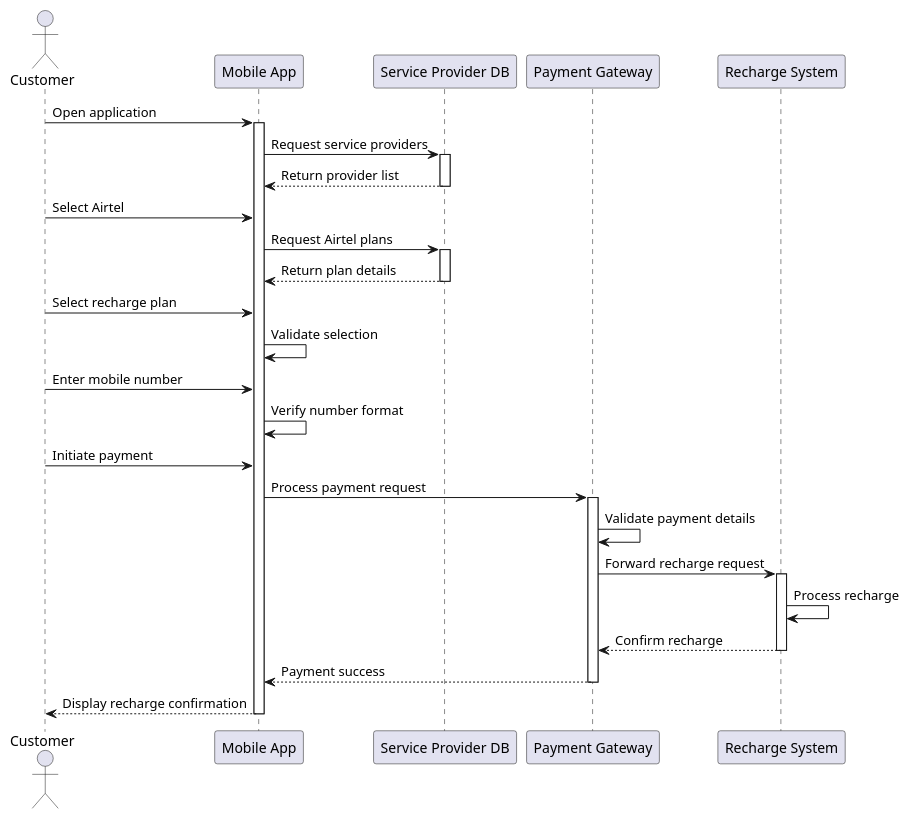
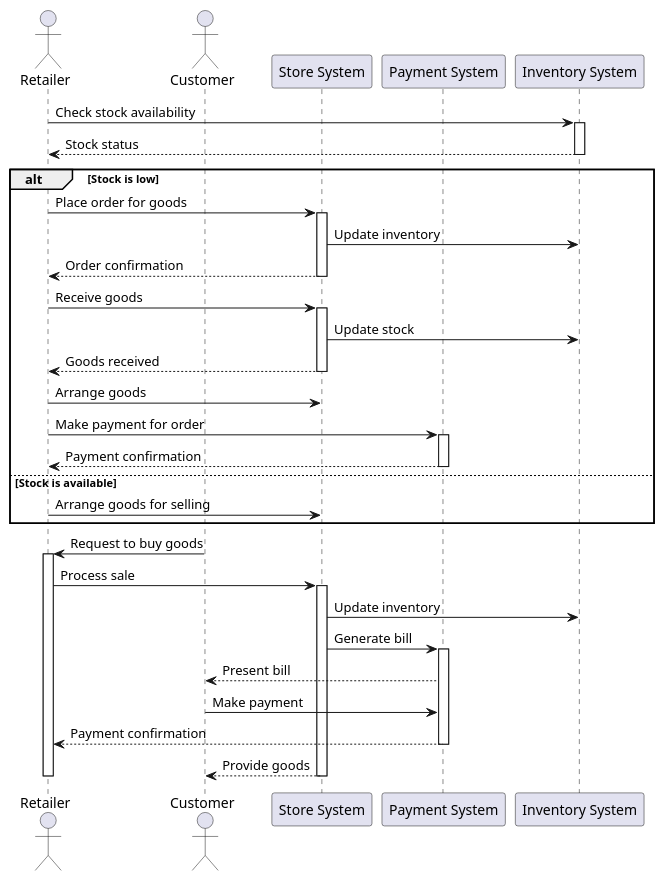
Before and after one commit to omkar-mandhare26/UMLNinja-backend: the diagram in diagram.puml, drawn with PlantUML. The commit also changed 8 other files, not shown here.

```diff
--- a/diagram.puml
+++ b/diagram.puml
@@ -1,47 +1,51 @@
 @startuml classdiagramtest2
 
+actor Retailer
 actor Customer
-participant "Mobile App" as App
-participant "Service Provider DB" as DB
-participant "Payment Gateway" as Payment
-participant "Recharge System" as System
+participant "Store System" as SS
+participant "Payment System" as PS
+participant "Inventory System" as IS
 
-Customer -> App: Open application
-activate App
+Retailer -> IS: Check stock availability
+activate IS
+IS --> Retailer: Stock status
+deactivate IS
 
-App -> DB: Request service providers
-activate DB
-DB --> App: Return provider list
-deactivate DB
+alt Stock is low
+    Retailer -> SS: Place order for goods
+    activate SS
+    SS -> IS: Update inventory
+    SS --> Retailer: Order confirmation
+    deactivate SS
+    
+    Retailer -> SS: Receive goods
+    activate SS
+    SS -> IS: Update stock
+    SS --> Retailer: Goods received
+    deactivate SS
+    
+    Retailer -> SS: Arrange goods
+    Retailer -> PS: Make payment for order
+    activate PS
+    PS --> Retailer: Payment confirmation
+    deactivate PS
+else Stock is available
+    Retailer -> SS: Arrange goods for selling
+end
 
-Customer -> App: Select Airtel
-App -> DB: Request Airtel plans
-activate DB
-DB --> App: Return plan details
-deactivate DB
-
-Customer -> App: Select recharge plan
-App -> App: Validate selection
-
-Customer -> App: Enter mobile number
-App -> App: Verify number format
-
-Customer -> App: Initiate payment
-App -> Payment: Process payment request
-activate Payment
-
-Payment -> Payment: Validate payment details
-Payment -> System: Forward recharge request
-activate System
-
-System -> System: Process recharge
-System --> Payment: Confirm recharge
-deactivate System
-
-Payment --> App: Payment success
-deactivate Payment
-
-App --> Customer: Display recharge confirmation
-deactivate App
+Customer -> Retailer: Request to buy goods
+activate Retailer
+Retailer -> SS: Process sale
+activate SS
+SS -> IS: Update inventory
+SS -> PS: Generate bill
+activate PS
+PS --> Customer: Present bill
+Customer -> PS: Make payment
+PS --> Retailer: Payment confirmation
+deactivate PS
+SS --> Customer: Provide goods
+deactivate SS
+deactivate Retailer
 
 @enduml
```
